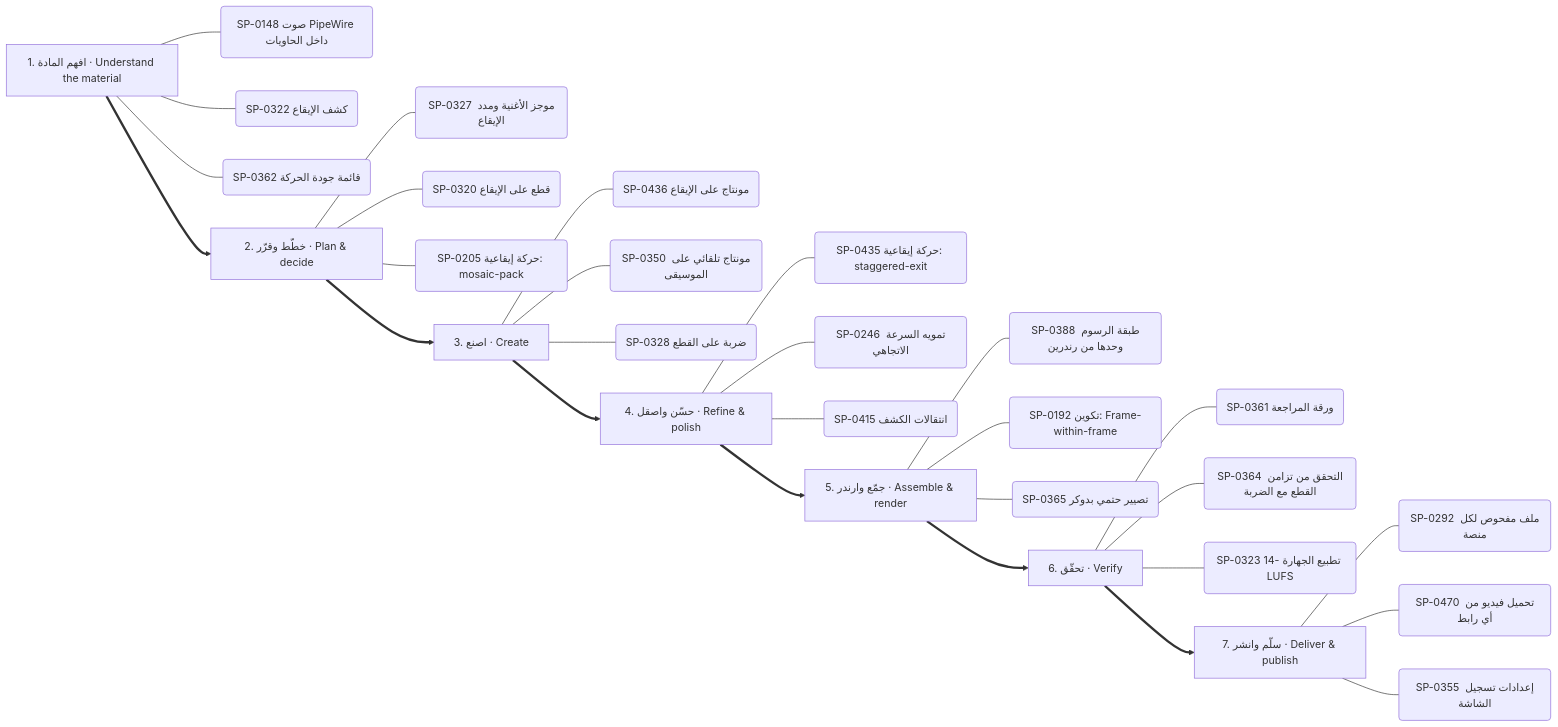
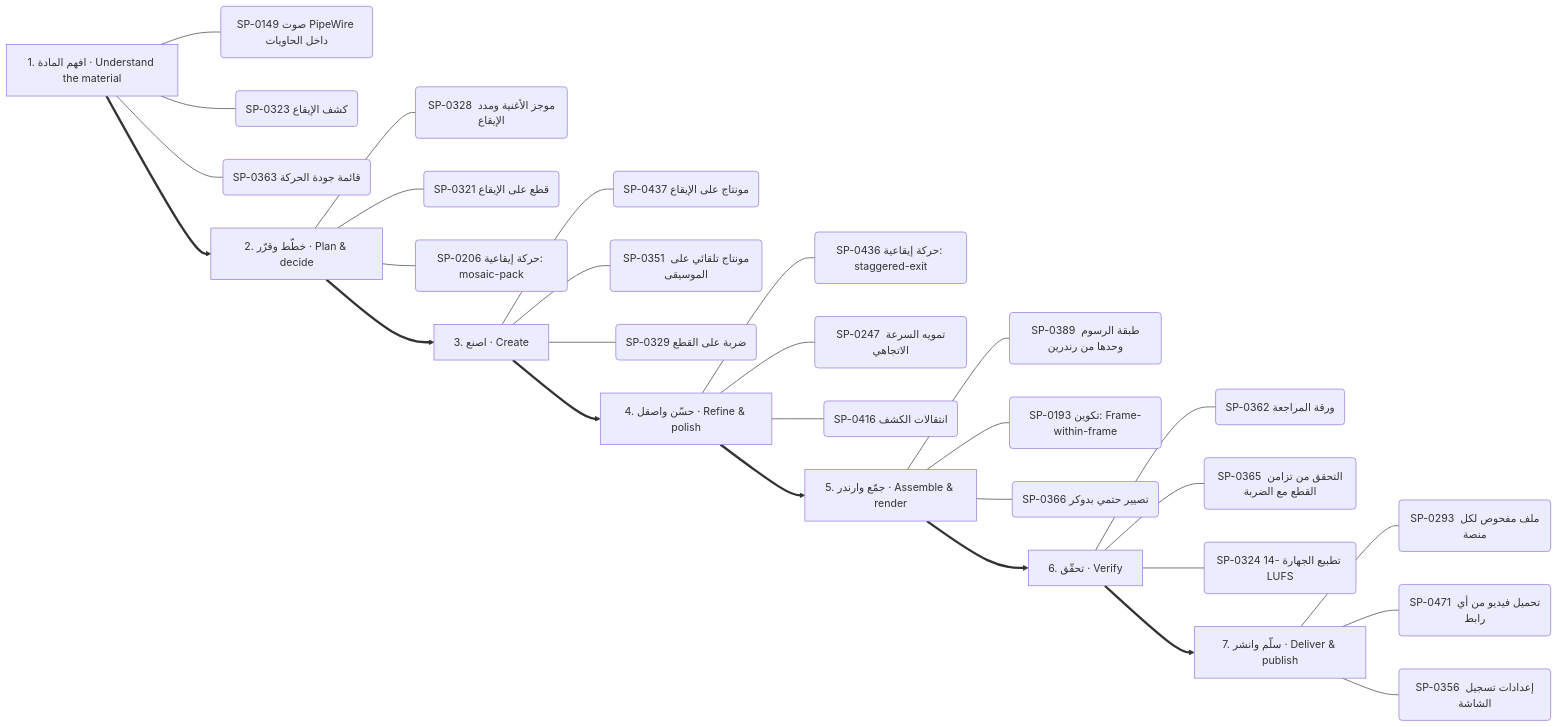
Before and after one commit to kosif199022-jpg/kosif-tool: the third of 13 diagrams in .claude/skills/kosif-superpowers/references/capability-mindmap.md, drawn with Mermaid. The commit also changed other lines of this file and 65 other files, not shown here.

````diff
--- a/.claude/skills/kosif-superpowers/references/capability-mindmap.md
+++ b/.claude/skills/kosif-superpowers/references/capability-mindmap.md
@@ -177,37 +177,37 @@
 ```mermaid
 flowchart LR
   S0["1. افهم المادة · Understand the material"]
-  S0 --- S0_0("SP-0148 صوت PipeWire داخل الحاويات")
-  S0 --- S0_1("SP-0322 كشف الإيقاع")
-  S0 --- S0_2("SP-0362 قائمة جودة الحركة")
+  S0 --- S0_0("SP-0149 صوت PipeWire داخل الحاويات")
+  S0 --- S0_1("SP-0323 كشف الإيقاع")
+  S0 --- S0_2("SP-0363 قائمة جودة الحركة")
   S1["2. خطّط وقرّر · Plan & decide"]
-  S1 --- S1_0("SP-0327 موجز الأغنية ومدد الإيقاع")
-  S1 --- S1_1("SP-0320 قطع على الإيقاع")
-  S1 --- S1_2("SP-0205 حركة إيقاعية: mosaic-pack")
+  S1 --- S1_0("SP-0328 موجز الأغنية ومدد الإيقاع")
+  S1 --- S1_1("SP-0321 قطع على الإيقاع")
+  S1 --- S1_2("SP-0206 حركة إيقاعية: mosaic-pack")
   S0 ==> S1
   S2["3. اصنع · Create"]
-  S2 --- S2_0("SP-0436 مونتاج على الإيقاع")
-  S2 --- S2_1("SP-0350 مونتاج تلقائي على الموسيقى")
-  S2 --- S2_2("SP-0328 ضربة على القطع")
+  S2 --- S2_0("SP-0437 مونتاج على الإيقاع")
+  S2 --- S2_1("SP-0351 مونتاج تلقائي على الموسيقى")
+  S2 --- S2_2("SP-0329 ضربة على القطع")
   S1 ==> S2
   S3["4. حسّن واصقل · Refine & polish"]
-  S3 --- S3_0("SP-0435 حركة إيقاعية: staggered-exit")
-  S3 --- S3_1("SP-0246 تمويه السرعة الاتجاهي")
-  S3 --- S3_2("SP-0415 انتقالات الكشف")
+  S3 --- S3_0("SP-0436 حركة إيقاعية: staggered-exit")
+  S3 --- S3_1("SP-0247 تمويه السرعة الاتجاهي")
+  S3 --- S3_2("SP-0416 انتقالات الكشف")
   S2 ==> S3
   S4["5. جمّع وارندر · Assemble & render"]
-  S4 --- S4_0("SP-0388 طبقة الرسوم وحدها من رندرين")
-  S4 --- S4_1("SP-0192 تكوين: Frame-within-frame")
-  S4 --- S4_2("SP-0365 تصيير حتمي بدوكر")
+  S4 --- S4_0("SP-0389 طبقة الرسوم وحدها من رندرين")
+  S4 --- S4_1("SP-0193 تكوين: Frame-within-frame")
+  S4 --- S4_2("SP-0366 تصيير حتمي بدوكر")
   S3 ==> S4
   S5["6. تحقّق · Verify"]
-  S5 --- S5_0("SP-0361 ورقة المراجعة")
-  S5 --- S5_1("SP-0364 التحقق من تزامن القطع مع الضربة")
-  S5 --- S5_2("SP-0323 تطبيع الجهارة -14 LUFS")
+  S5 --- S5_0("SP-0362 ورقة المراجعة")
+  S5 --- S5_1("SP-0365 التحقق من تزامن القطع مع الضربة")
+  S5 --- S5_2("SP-0324 تطبيع الجهارة -14 LUFS")
   S4 ==> S5
   S6["7. سلّم وانشر · Deliver & publish"]
-  S6 --- S6_0("SP-0292 ملف مفحوص لكل منصة")
-  S6 --- S6_1("SP-0470 تحميل فيديو من أي رابط")
-  S6 --- S6_2("SP-0355 إعدادات تسجيل الشاشة")
+  S6 --- S6_0("SP-0293 ملف مفحوص لكل منصة")
+  S6 --- S6_1("SP-0471 تحميل فيديو من أي رابط")
+  S6 --- S6_2("SP-0356 إعدادات تسجيل الشاشة")
   S5 ==> S6
 ```
````
